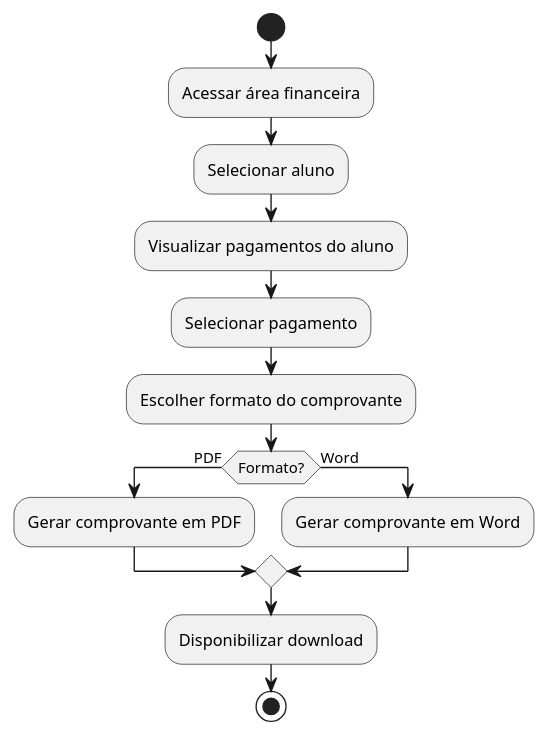
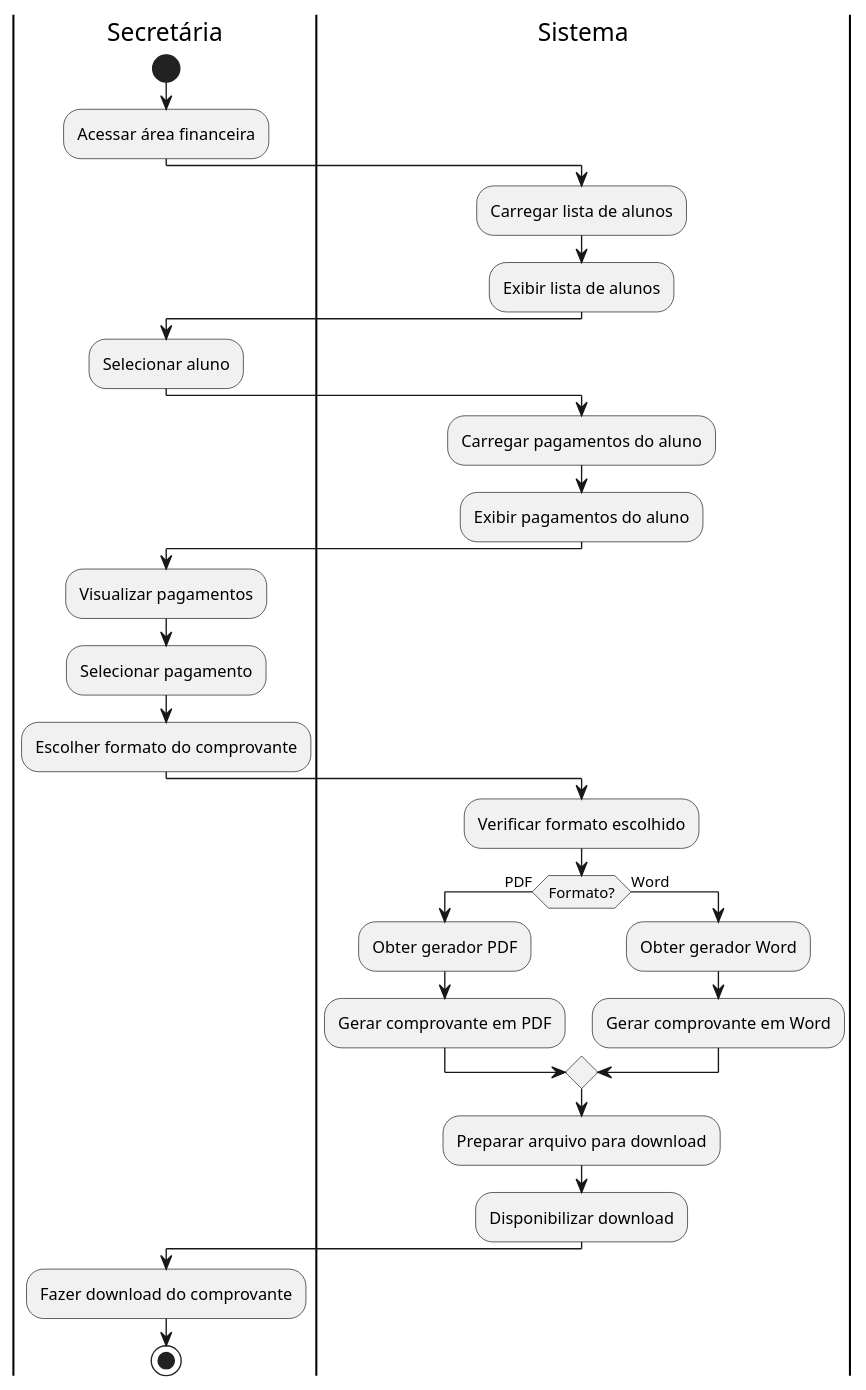
One commit to viniciusdias2902/modelagem_uml changed the diagram in atividades/Caso_11_Atividade.puml. Above: the diagram before and after it, drawn with PlantUML. The commit also changed 32 other files, not shown here.

Commit message:
Correção dos diagramas de atividade

```diff
--- a/atividades/Caso_11_Atividade.puml
+++ b/atividades/Caso_11_Atividade.puml
@@ -1,15 +1,39 @@
 @startuml
+|Secretária|
 start
 :Acessar área financeira;
+
+|Sistema|
+:Carregar lista de alunos;
+:Exibir lista de alunos;
+
+|Secretária|
 :Selecionar aluno;
-:Visualizar pagamentos do aluno;
+
+|Sistema|
+:Carregar pagamentos do aluno;
+:Exibir pagamentos do aluno;
+
+|Secretária|
+:Visualizar pagamentos;
 :Selecionar pagamento;
 :Escolher formato do comprovante;
+
+|Sistema|
+:Verificar formato escolhido;
+
 if (Formato?) then (PDF)
+  :Obter gerador PDF;
   :Gerar comprovante em PDF;
 else (Word)
+  :Obter gerador Word;
   :Gerar comprovante em Word;
 endif
+
+:Preparar arquivo para download;
 :Disponibilizar download;
+
+|Secretária|
+:Fazer download do comprovante;
 stop
 @enduml
```
